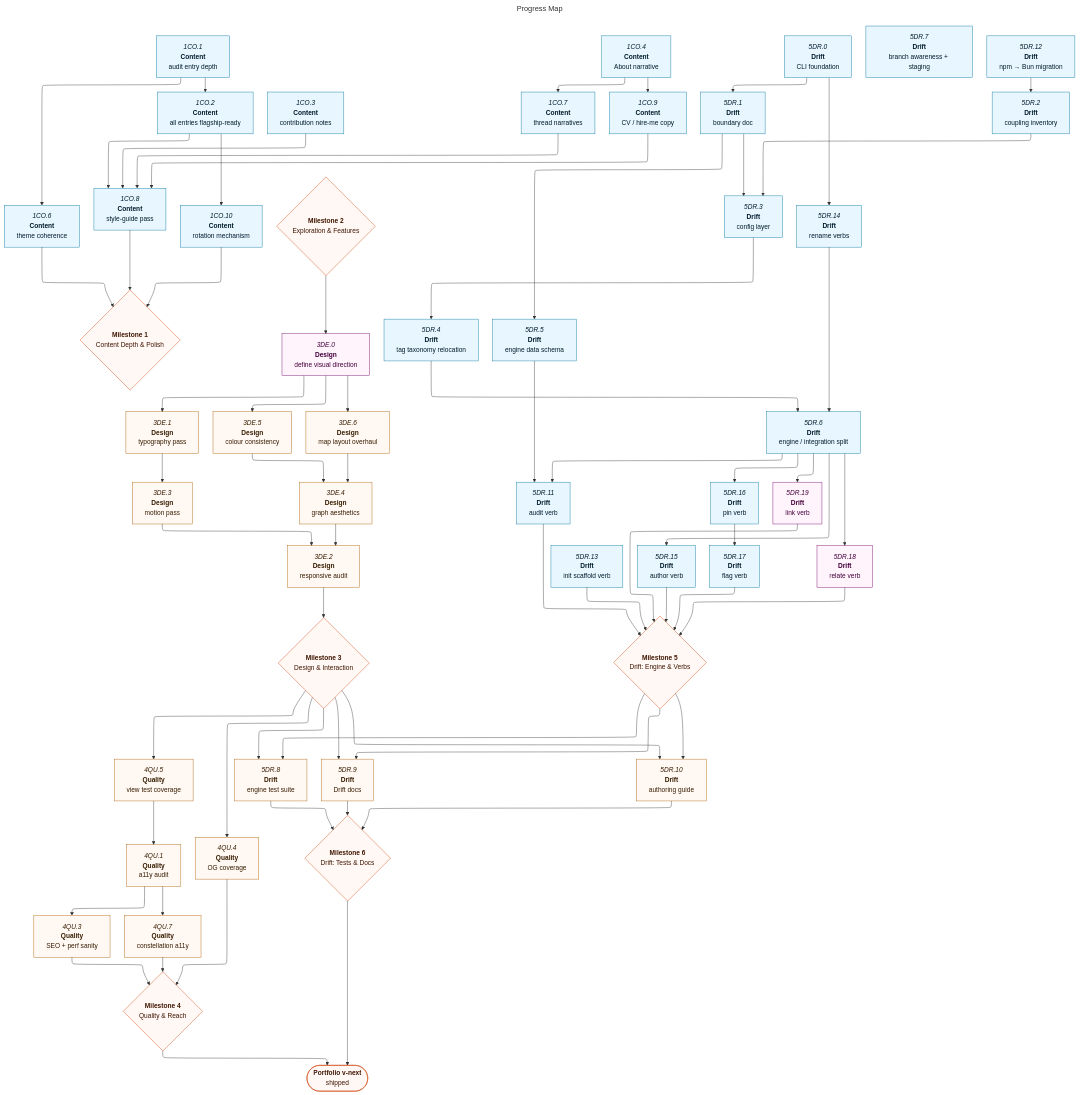
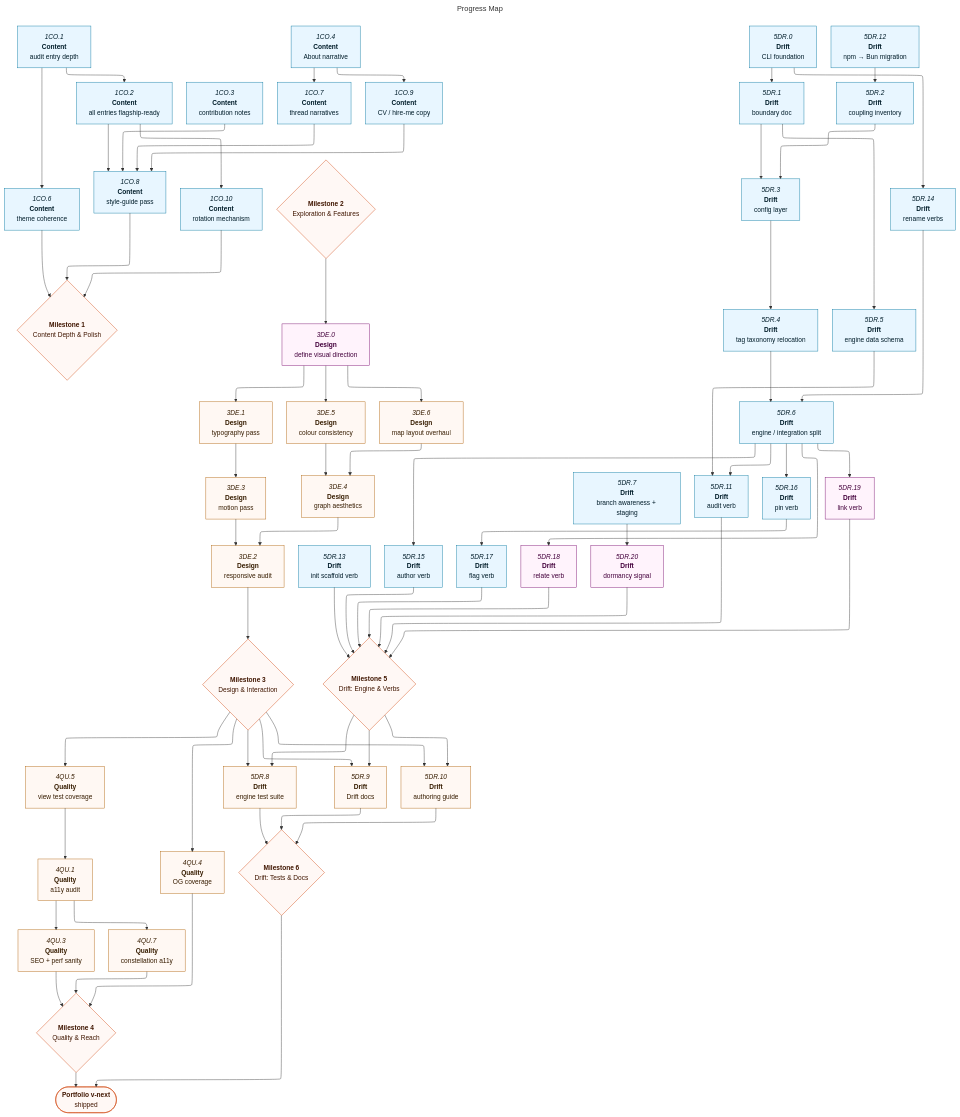
Before and after one commit to JasonWarrenUK/jason-warren: the diagram in docs/roadmaps/mvp.md, drawn with Mermaid. The commit also changed other lines of this file, not shown here.

Commit message:
docs(roadmap): add 5DR.20, intra-span dormancy signal for Drift
The timeline can't honestly render a project's dormant stretches today —
ProjectMetrics only carries lifetime totals and a trailing-4-week recency
window (verified against sources.json), which locates whether a project is
dormant right now but not where within its lifespan a gap occurred. Tracks
the fingerprint-engine extension (a commit-date sample or dormantRanges
field) that would supply that data, gated on the branch-aware measurement
work already shipped in 5DR.7.

```diff
--- a/docs/roadmaps/mvp.md
+++ b/docs/roadmaps/mvp.md
@@ -335,6 +336,7 @@
 	5DR.17["`*5DR.17*<br/>**Drift**<br/>flag verb`"]:::done
 	5DR.18["`*5DR.18*<br/>**Drift**<br/>relate verb`"]:::open
 	5DR.19["`*5DR.19*<br/>**Drift**<br/>link verb`"]:::open
+	5DR.20["`*5DR.20*<br/>**Drift**<br/>dormancy signal`"]:::open
 
 	%% M5 — deps
 	5DR.0 --> 5DR.1
@@ -353,6 +355,7 @@
 	5DR.14 --> 5DR.6
 	5DR.6 --> 5DR.18
 	5DR.6 --> 5DR.19
+	5DR.7 --> 5DR.20
 
 	%% M5 track completers → m5
 	5DR.11 --> m5
@@ -361,6 +364,7 @@
 	5DR.17 --> m5
 	5DR.18 --> m5
 	5DR.19 --> m5
+	5DR.20 --> m5
 
 	%% M6 — inbound from M3 and M5
 	m3 --> 5DR.8
```
